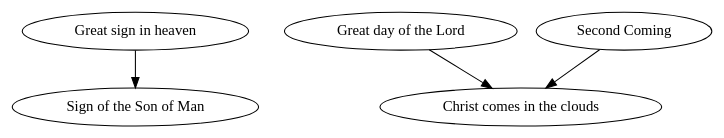
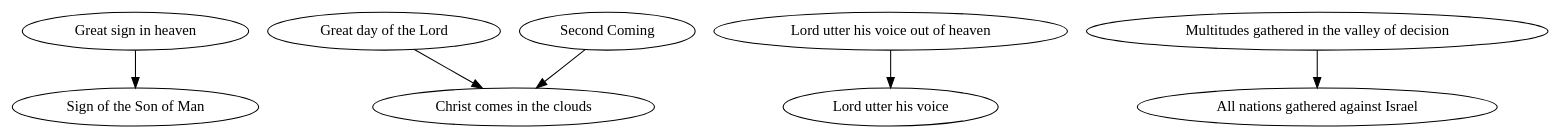
Before and after one commit to justincy/signs-of-the-second-coming: the diagram in synonyms/synonyms.gv, drawn with Graphviz. The commit also changed 2 other files, not shown here.

```diff
--- a/synonyms/synonyms.gv
+++ b/synonyms/synonyms.gv
@@ -1,18 +1,22 @@
 # List of signs that I believe are synonyms.
 #
 # My reasoning for considering two signs as synonyms
 # is documented elsewhere. This list is used to 
 # programatically simplify the full graph by 
 # collapsing synonyms.
 #
 # In each (a -> b) pair, the sign on the left will
 # be replaced in the graph by the sign on the right.
 
 digraph {
   "Great sign in heaven" -> "Sign of the Son of Man"
 
   # D&C 34:7-8
   "Great day of the Lord" -> "Christ comes in the clouds"
 
   "Second Coming" -> "Christ comes in the clouds"
+
+  "Lord utter his voice out of heaven" -> "Lord utter his voice"
+
+  "Multitudes gathered in the valley of decision" -> "All nations gathered against Israel"
 }
```
